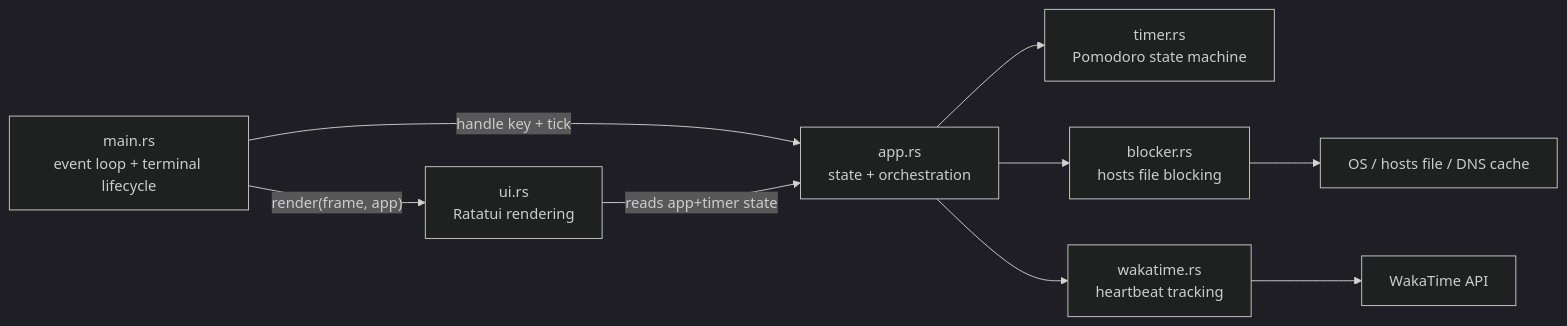
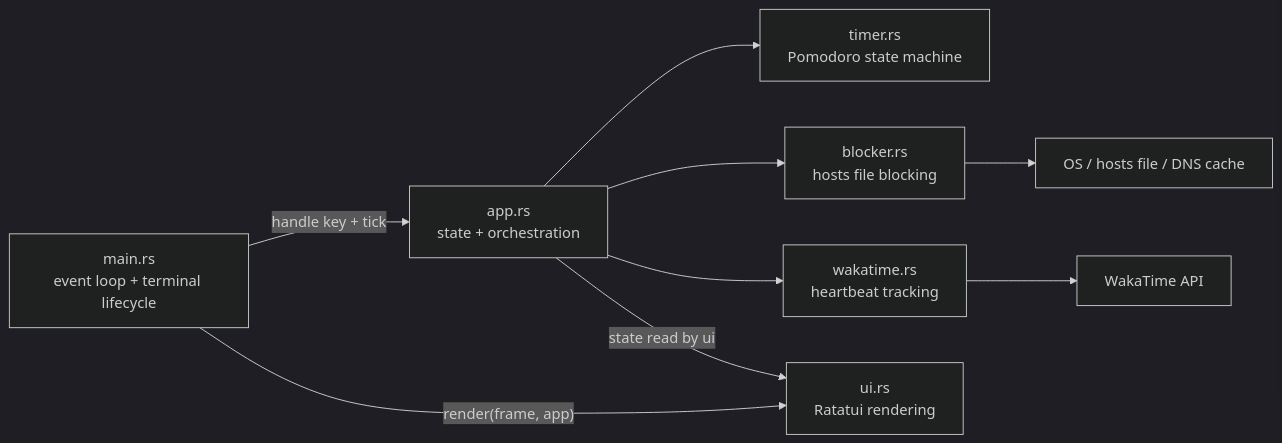
Before and after one commit to utilForever/focustime: the first of 2 diagrams in ARCHITECTURE.md, drawn with Mermaid (dark theme).

Commit message:
docs: clarify architecture diagram direction

````diff
--- a/ARCHITECTURE.md
+++ b/ARCHITECTURE.md
@@ -9,20 +9,20 @@
 ```mermaid
 flowchart LR
     M["main.rs<br/>event loop + terminal lifecycle"]
     A["app.rs<br/>state + orchestration"]
     T["timer.rs<br/>Pomodoro state machine"]
     B["blocker.rs<br/>hosts file blocking"]
     W["wakatime.rs<br/>heartbeat tracking"]
     U["ui.rs<br/>Ratatui rendering"]
     OS["OS / hosts file / DNS cache"]
     API["WakaTime API"]
 
     M -->|"handle key + tick"| A
     M -->|"render(frame, app)"| U
     A --> T
     A --> B
     A --> W
-    U -->|"reads app+timer state"| A
+    A -->|"state read by ui"| U
     B --> OS
     W --> API
 ```
````
